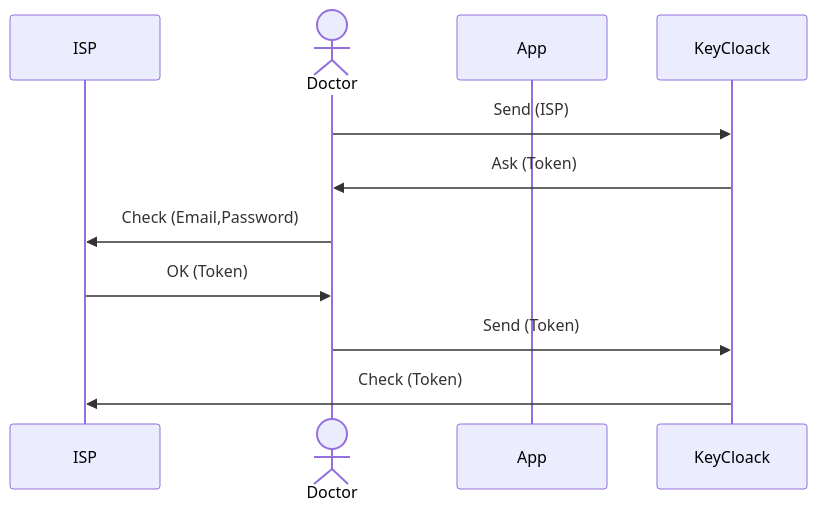
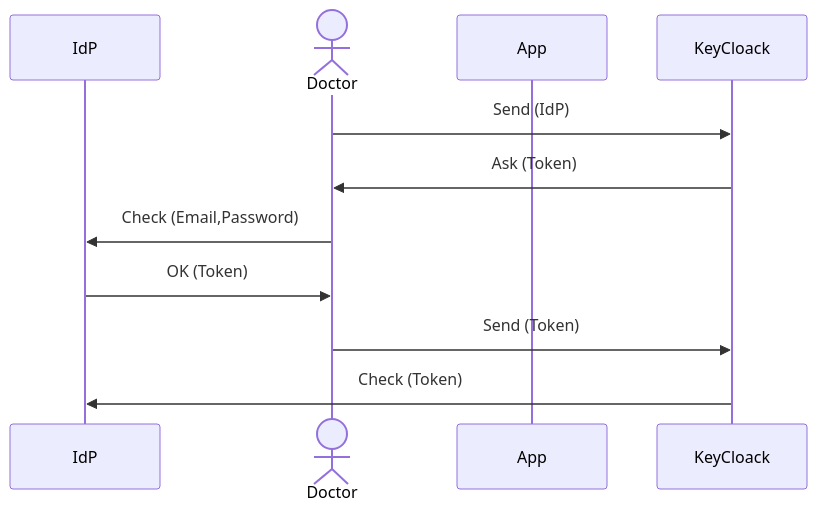
The second of 4 diagrams in README.md (czephyr/serenade), drawn with Mermaid before and after one commit. The commit also changed other lines of this file, not shown here.

````diff
--- a/README.md
+++ b/README.md
@@ -20,13 +75,13 @@
 ```mermaid
 sequenceDiagram
-    participant ISP
+    participant IdP
     actor Doctor
     participant App
     participant KeyCloack
-    Doctor->>KeyCloack: Send (ISP)
+    Doctor->>KeyCloack: Send (IdP)
     KeyCloack->>Doctor: Ask (Token)
-    Doctor->>ISP: Check (Email,Password)
-    ISP->>Doctor: OK (Token)
+    Doctor->>IdP: Check (Email,Password)
+    IdP->>Doctor: OK (Token)
     Doctor->>KeyCloack: Send (Token)
-    KeyCloack->>ISP: Check (Token)
+    KeyCloack->>IdP: Check (Token)
 ```
````
